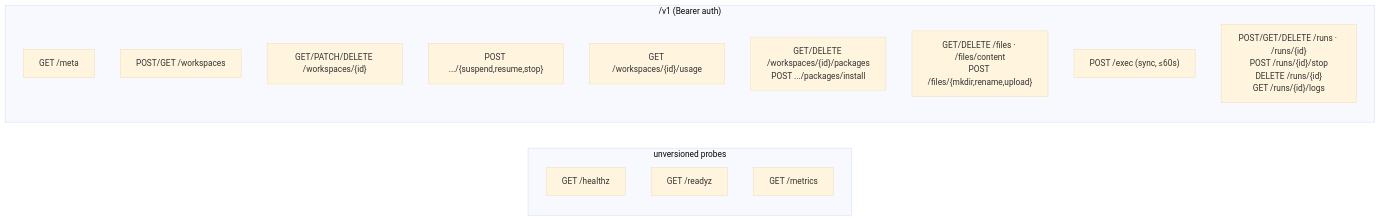
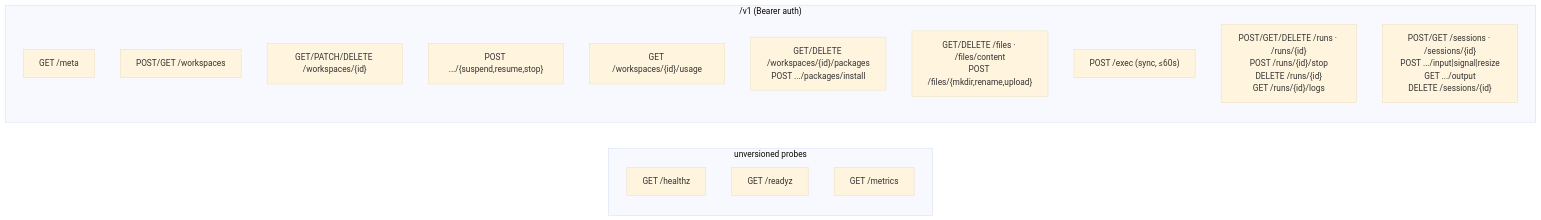
Diagram 15 of 17 in docs/ARCHITECTURE.md (M3-mo2/cloud-service), drawn with Mermaid (base theme) before and after one commit. The commit also changed other lines of this file and 30 other files, not shown here.

````diff
--- a/docs/ARCHITECTURE.md
+++ b/docs/ARCHITECTURE.md
@@ -568,19 +690,20 @@
 ```mermaid
 flowchart LR
     subgraph unversioned["unversioned probes"]
         H["GET /healthz"]
         R["GET /readyz"]
         M["GET /metrics"]
     end
     subgraph v1["/v1 (Bearer auth)"]
         META["GET /meta"]
         WC["POST/GET /workspaces"]
         W["GET/PATCH/DELETE /workspaces/{id}"]
         LIFECYCLE["POST .../{suspend,resume,stop}"]
         USAGE["GET /workspaces/{id}/usage"]
         PKG["GET/DELETE /workspaces/{id}/packages\nPOST .../packages/install"]
         F["GET/DELETE /files · /files/content\nPOST /files/{mkdir,rename,upload}"]
         EX["POST /exec (sync, ≤60s)"]
         RN["POST/GET/DELETE /runs · /runs/{id}\nPOST /runs/{id}/stop\nDELETE /runs/{id}\nGET /runs/{id}/logs"]
+        SS["POST/GET /sessions · /sessions/{id}\nPOST .../input|signal|resize\nGET .../output\nDELETE /sessions/{id}"]
     end
 ```
````
